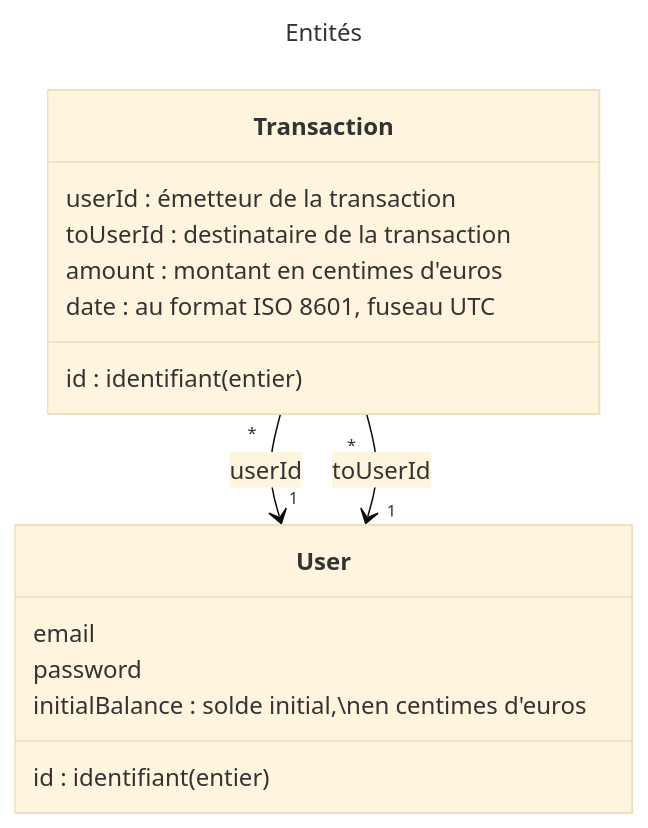
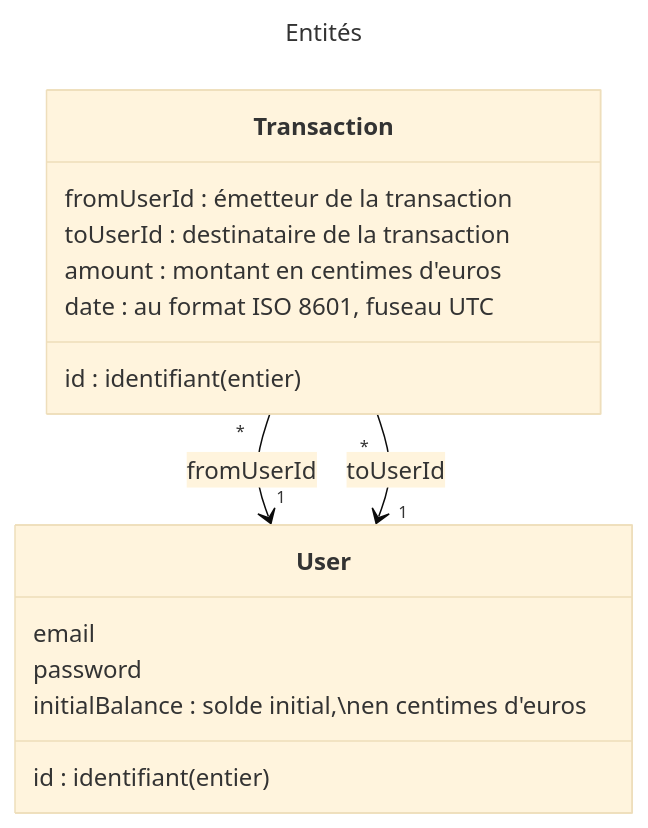
The second of 2 diagrams in README.md (jonathanduperrier/test-angular_CC_2024), drawn with Mermaid (base theme) before and after one commit. The commit also changed other lines of this file, not shown here.

````diff
--- a/README.md
+++ b/README.md
@@ -36,24 +36,24 @@
 ```mermaid
 ---
 title: Entités
 ---
 classDiagram
 
   class User {
     id : identifiant (entier)
     email
-    password 
+    password
     initialBalance : solde initial,\nen centimes d'euros
   }
 
   class Transaction {
     id : identifiant (entier)
-    userId : émetteur de la transaction
+    fromUserId : émetteur de la transaction
     toUserId : destinataire de la transaction
     amount : montant en centimes d'euros
     date : au format ISO 8601, fuseau UTC
   }
 
-  Transaction "*" --> "1" User : userId
+  Transaction "*" --> "1" User : fromUserId
   Transaction "*" --> "1" User : toUserId
 ```
````
